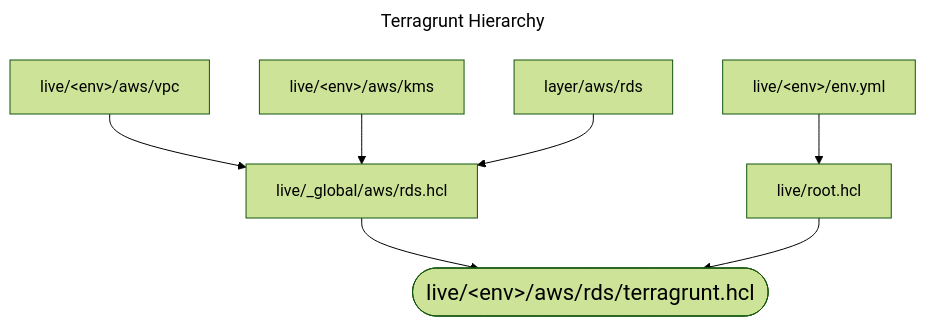
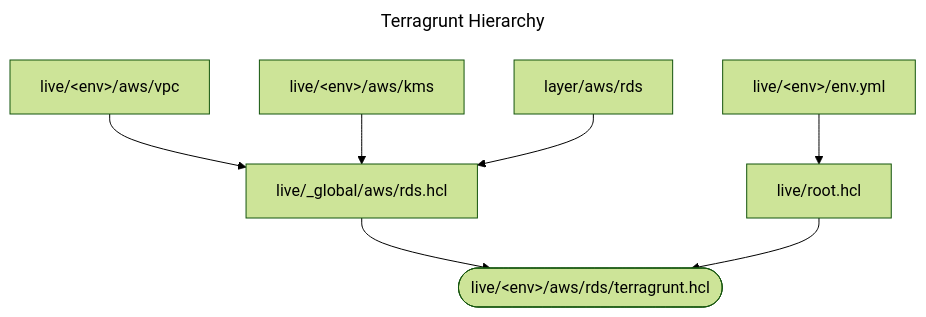
Before and after one commit to tkreque/poc: the diagram in poc-terragrunt/README.md, drawn with Mermaid (forest theme).

Commit message:
Improved the solution to avoid repetition on the Terragrunt configuration (Fixed README)

````diff
--- a/poc-terragrunt/README.md
+++ b/poc-terragrunt/README.md
@@ -75,13 +75,13 @@
 ```mermaid
 ---
 title: Terragrunt Hierarchy
 ---
 graph TD;
   B["live/_global/aws/rds.hcl"] --> A(["live/&lt;env&gt;/aws/rds/terragrunt.hcl"]):::fix;
   C["live/root.hcl"] --> A;
   D["live/&lt;env&gt;/aws/vpc"] --> B;
   E["live/&lt;env&gt;/aws/kms"] --> B;
   F["layer/aws/rds"] --> B;
   G["live/&lt;env&gt;/env.yml"] --> C;
-  classDef fix font-size:22px;
+  classDef fix font-size:16px;
 ```
````
